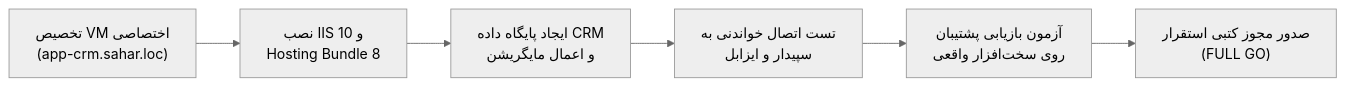
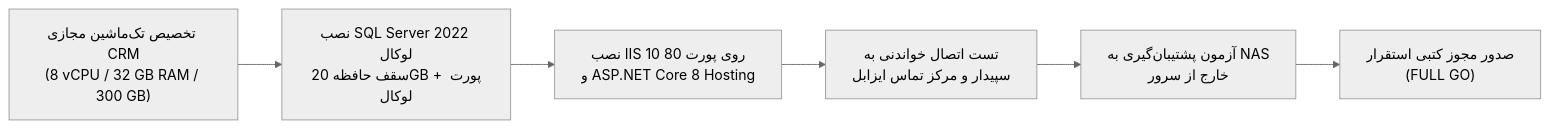
The diagram in docs/PPA_Go_NoGo_Decision.md (javad949/ParkPalace), drawn with Mermaid (neutral theme) before and after one commit. The commit also changed other lines of this file and 4 other files, not shown here.

Commit message:
docs(vm-01): revise architecture to single VM CRM on VMware ESXi with local SQL Server 2022 and port 80

````diff
--- a/docs/PPA_Go_NoGo_Decision.md
+++ b/docs/PPA_Go_NoGo_Decision.md
@@ -92,8 +92,8 @@
 ```mermaid
 flowchart LR
-    A["تخصیص VM اختصاصی<br/>(app-crm.sahar.loc)"] --> B["نصب IIS 10 و<br/>Hosting Bundle 8"]
-    B --> C["ایجاد پایگاه داده CRM<br/>و اعمال مایگریشن"]
-    C --> D["تست اتصال خواندنی به<br/>سپیدار و ایزابل"]
-    D --> E["آزمون بازیابی پشتیبان<br/>روی سخت‌افزار واقعی"]
+    A["تخصیص تک‌ماشین مجازی CRM<br/>(8 vCPU / 32 GB RAM / 300 GB)"] --> B["نصب SQL Server 2022 لوکال<br/>سقف حافظه 20GB + پورت لوکال"]
+    B --> C["نصب IIS 10 روی پورت 80<br/>و ASP.NET Core 8 Hosting"]
+    C --> D["تست اتصال خواندنی به<br/>سپیدار و مرکز تماس ایزابل"]
+    D --> E["آزمون پشتیبان‌گیری به NAS<br/>خارج از سرور"]
     E --> F["صدور مجوز کتبی استقرار<br/>(FULL GO)"]
 ```
````
